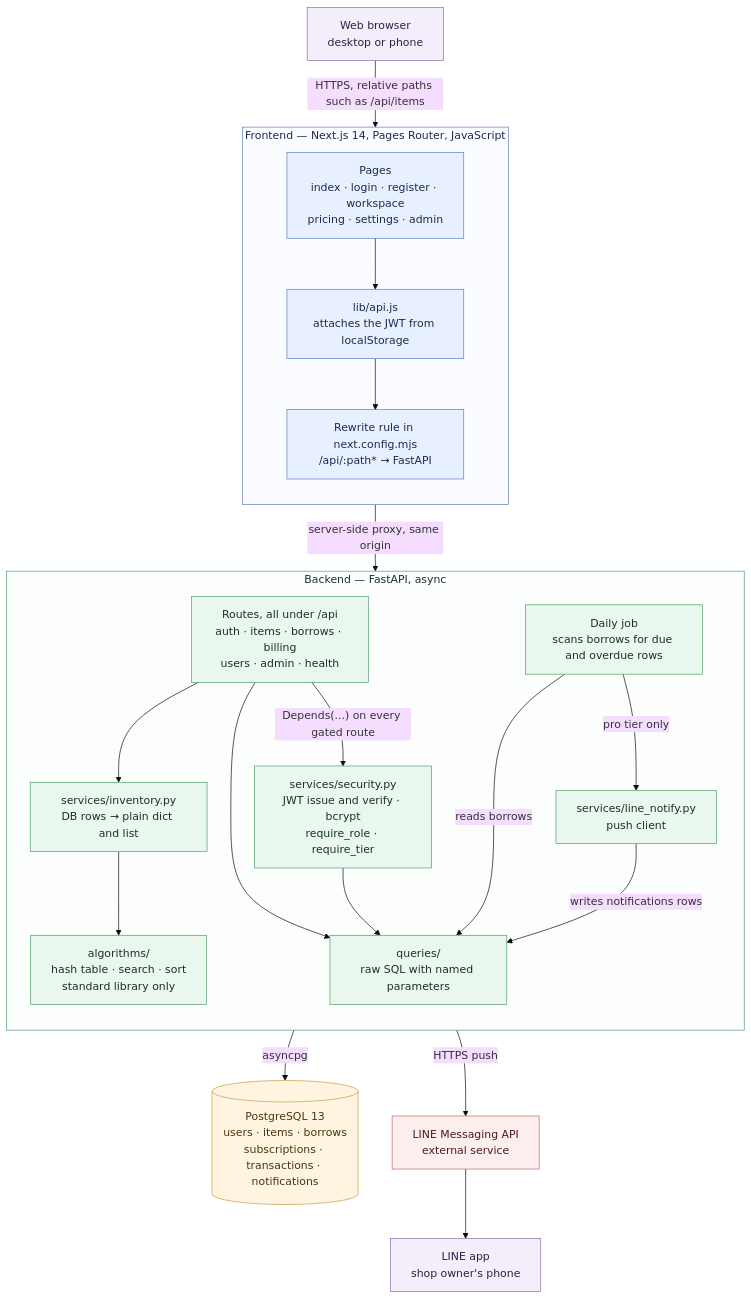
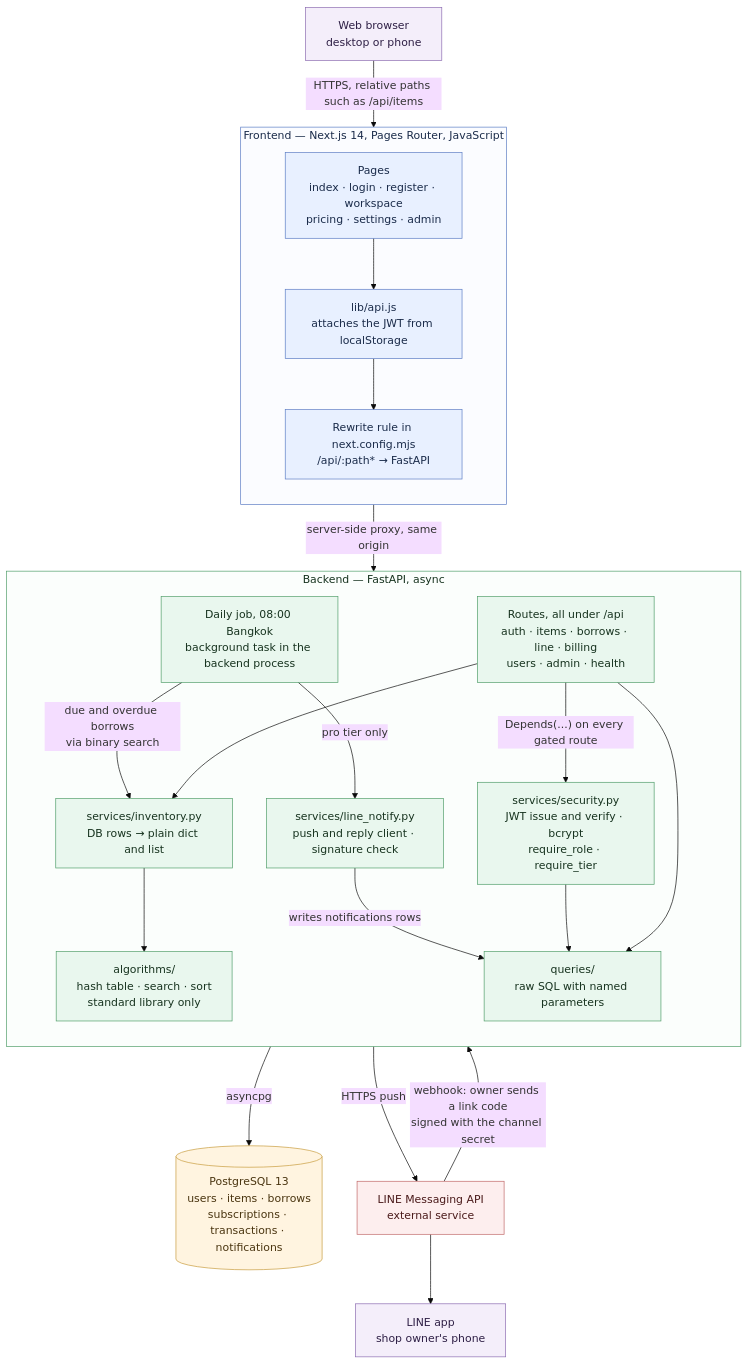
Before and after one commit to S-Nithit/LEBIS-Project: the first of 2 diagrams in docs/architecture.md, drawn with Mermaid (base theme). The commit also changed other lines of this file and 6 other files, not shown here.

````diff
--- a/docs/architecture.md
+++ b/docs/architecture.md
@@ -15,56 +15,57 @@
 ```mermaid
 flowchart TB
     browser["Web browser<br/>desktop or phone"]
 
     subgraph frontend["Frontend — Next.js 14, Pages Router, JavaScript"]
         direction TB
         pages["Pages<br/>index · login · register · workspace<br/>pricing · settings · admin"]
         apilib["lib/api.js<br/>attaches the JWT from localStorage"]
         rewrite["Rewrite rule in next.config.mjs<br/>/api/:path* → FastAPI"]
         pages --> apilib --> rewrite
     end
 
     subgraph backend["Backend — FastAPI, async"]
         direction TB
-        routes["Routes, all under /api<br/>auth · items · borrows · billing<br/>users · admin · health"]
+        routes["Routes, all under /api<br/>auth · items · borrows · line · billing<br/>users · admin · health"]
         security["services/security.py<br/>JWT issue and verify · bcrypt<br/>require_role · require_tier"]
         inventory["services/inventory.py<br/>DB rows → plain dict and list"]
         algorithms["algorithms/<br/>hash table · search · sort<br/>standard library only"]
         queries["queries/<br/>raw SQL with named parameters"]
-        job["Daily job<br/>scans borrows for due and overdue rows"]
-        notify["services/line_notify.py<br/>push client"]
+        job["Daily job, 08:00 Bangkok<br/>background task in the backend process"]
+        notify["services/line_notify.py<br/>push and reply client · signature check"]
 
         routes -->|"Depends(...) on every gated route"| security
         routes --> inventory --> algorithms
         routes --> queries
         security --> queries
-        job -->|"reads borrows"| queries
+        job -->|"due and overdue borrows<br/>via binary search"| inventory
         job -->|"pro tier only"| notify
         notify -->|"writes notifications rows"| queries
     end
 
     db[("PostgreSQL 13<br/>users · items · borrows<br/>subscriptions · transactions · notifications")]
     lineapi["LINE Messaging API<br/>external service"]
     lineapp["LINE app<br/>shop owner's phone"]
 
     browser -->|"HTTPS, relative paths such as /api/items"| pages
     rewrite -->|"server-side proxy, same origin"| routes
     queries -->|"asyncpg"| db
     notify -->|"HTTPS push"| lineapi
     lineapi --> lineapp
+    lineapi -->|"webhook: owner sends a link code<br/>signed with the channel secret"| routes
 
     classDef client fill:#f4eefa,stroke:#8b6bb1,color:#2e1f45
     classDef web fill:#e8f0ff,stroke:#5b7cc4,color:#1a2b4a
     classDef api fill:#e9f7ee,stroke:#4f9d69,color:#17331f
     classDef store fill:#fff4e0,stroke:#c89b3c,color:#4a3510
     classDef ext fill:#fdeeee,stroke:#c06767,color:#4a1a1a
 
     class browser,lineapp client
     class pages,apilib,rewrite web
     class routes,security,inventory,algorithms,queries,job,notify api
     class db store
     class lineapi ext
 
     style frontend fill:#fbfcff,stroke:#5b7cc4,color:#1a2b4a
     style backend fill:#fbfefc,stroke:#4f9d69,color:#17331f
 ```
````
